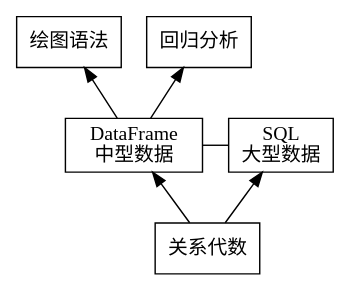
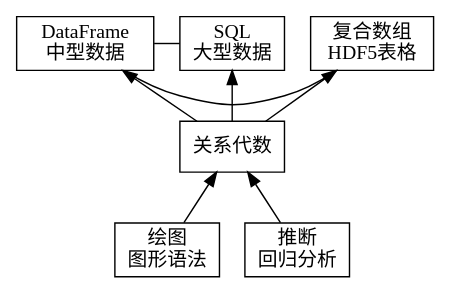
One commit to heroxbd/physics-data changed the eighth of 8 diagrams in pd.org. Above: the diagram before and after it, drawn with Graphviz. The commit also changed other lines of this file, not shown here.

```diff
--- a/pd.org
+++ b/pd.org
@@ -7556,18 +7556,21 @@
      #+BEGIN_SRC dot :file relational.pdf :cmdline -Kdot -Tpdf :eval yes :exports results
        digraph python {
        rankdir="BT";
 
        node [shape=box]
        R [label = "关系代数"]
+       R -> H
+       H [label = "复合数组\nHDF5表格"]
+       D -> H[arrowhead=none]
+       R -> D
+       D [label = "DataFrame\n中型数据"]
        R -> S
        S [label = "SQL\n大型数据"]
-       R -> D
-       D [label = "DataFrame\n中型数据"]
        D -> S[arrowhead=none]
-       {rank = same; S; D;}
-       D -> G
-       G[label = 绘图语法]
-       D -> L
-       L[label = 回归分析]
+       {rank = same; H; S; D;}
+       G -> R
+       G[label = "绘图\n图形语法"]
+       L -> R
+       L[label = "推断\n回归分析"]
        }
      #+END_SRC
```
